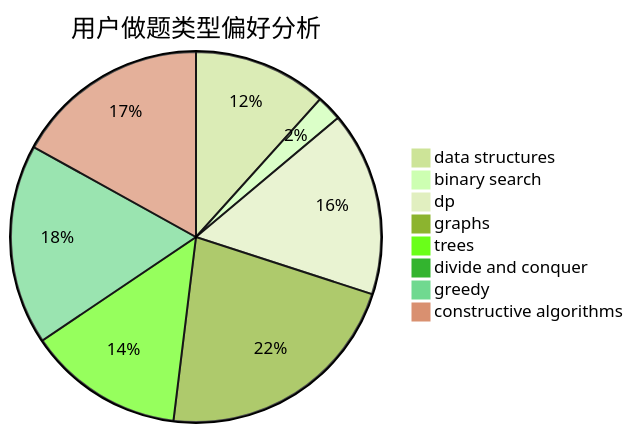
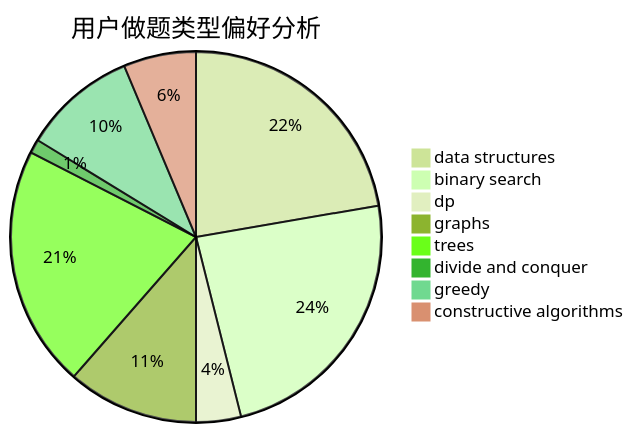
One commit to sherpahu/cfrs.github.io changed the second of 3 diagrams in docs/user/u2162.md. Above: the diagram before and after it, drawn with Mermaid (forest theme). The commit also changed other lines of this file and 2770 other files, not shown here.

````diff
--- a/docs/user/u2162.md
+++ b/docs/user/u2162.md
@@ -23,11 +23,11 @@
 ```mermaid
 pie title 用户做题类型偏好分析
-    "data structures" :  42
-    "binary search" :  8
-    "dp" :  58
-    "graphs" :  79
-    "trees" :  49
-    "divide and conquer" :  0
-    "greedy" :  63
-    "constructive algorithms" :  61
+    "data structures" :  74
+    "binary search" :  79
+    "dp" :  13
+    "graphs" :  38
+    "trees" :  70
+    "divide and conquer" :  4
+    "greedy" :  33
+    "constructive algorithms" :  21
 ```
````
